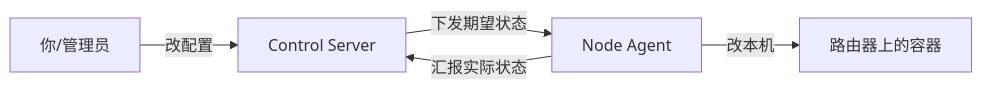
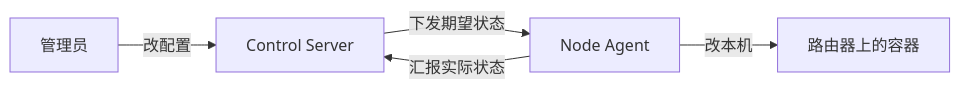
One commit to chidakiko/dn42-control-backend changed the diagram in docs/tutorials/01-quickstart.md. Above: the diagram before and after it, drawn with Mermaid. The commit also changed other lines of this file and 7 other files, not shown here.

````diff
--- a/docs/tutorials/01-quickstart.md
+++ b/docs/tutorials/01-quickstart.md
@@ -11,7 +13,7 @@
 ```mermaid
 flowchart LR
-    you[你/管理员] -->|改配置| server[Control Server]
+    admin[管理员] -->|改配置| server[Control Server]
     server -->|下发期望状态| agent[Node Agent]
     agent -->|汇报实际状态| server
     agent -->|改本机| box[路由器上的容器]
 ```
````
